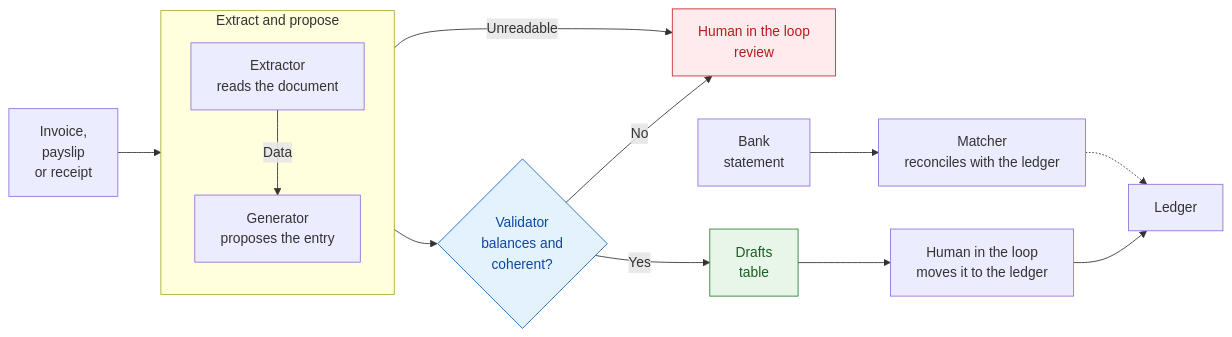
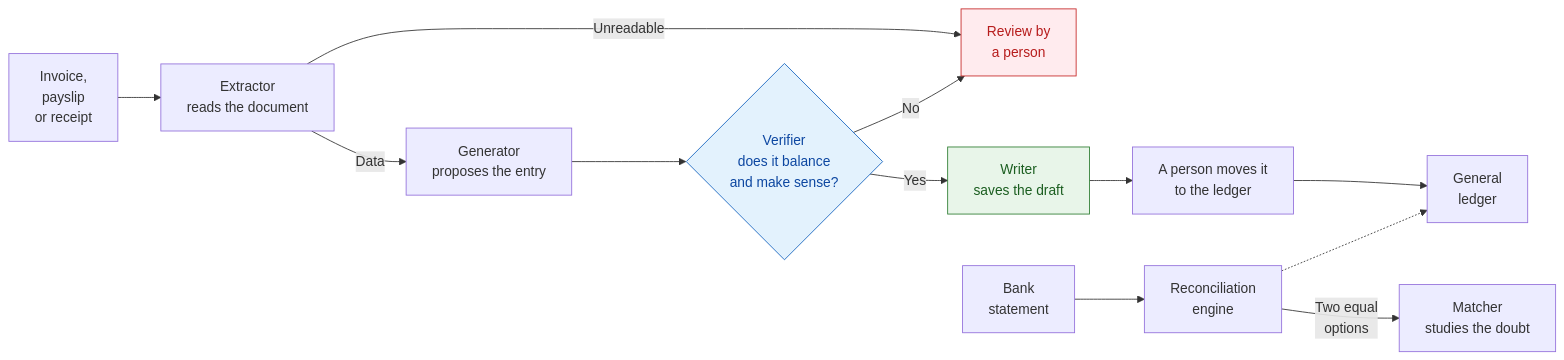
Before and after one commit to jleonceo/accounting-agent-swarm: the diagram in README.en.md, drawn with Mermaid. The commit also changed other lines of this file and 1 other file, not shown here.

````diff
--- a/README.en.md
+++ b/README.en.md
@@ -19,19 +25,17 @@
 ```mermaid
 flowchart LR
-    D[Invoice,<br/>payslip<br/>or receipt] --> S1
-    subgraph S1[Extract and propose]
-        direction TB
-        E[Extractor<br/>reads the document] -->|Data| G[Generator<br/>proposes the entry]
-    end
-    S1 --> V{Validator<br/>balances and<br/>coherent?}
-    S1 -->|Unreadable| H[Human in the loop<br/>review]
+    D[Invoice,<br/>payslip<br/>or receipt] --> E[Extractor<br/>reads the document]
+    E -->|Data| G[Generator<br/>proposes the entry]
+    G --> V{Verifier<br/>does it balance<br/>and make sense?}
+    E -->|Unreadable| H[Review by<br/>a person]
     V -->|No| H
-    V -->|Yes| BO[Drafts<br/>table]
-    BO --> H2[Human in the loop<br/>moves it to the ledger]
-    H2 --> LD[Ledger]
-    X[Bank<br/>statement] --> P[Matcher<br/>reconciles with the ledger]
-    P -.-> LD
+    V -->|Yes| W[Writer<br/>saves the draft]
+    W --> H2[A person moves it<br/>to the ledger]
+    H2 --> LD[General<br/>ledger]
+    X[Bank<br/>statement] --> M[Reconciliation<br/>engine]
+    M -->|Two equal<br/>options| P[Matcher<br/>studies the doubt]
+    M -.-> LD
     style V fill:#e3f2fd,stroke:#1565c0,color:#0d47a1
-    style BO fill:#e8f5e9,stroke:#2e7d32,color:#1b5e20
+    style W fill:#e8f5e9,stroke:#2e7d32,color:#1b5e20
     style H fill:#ffebee,stroke:#c62828,color:#b71c1c
 ```
````
